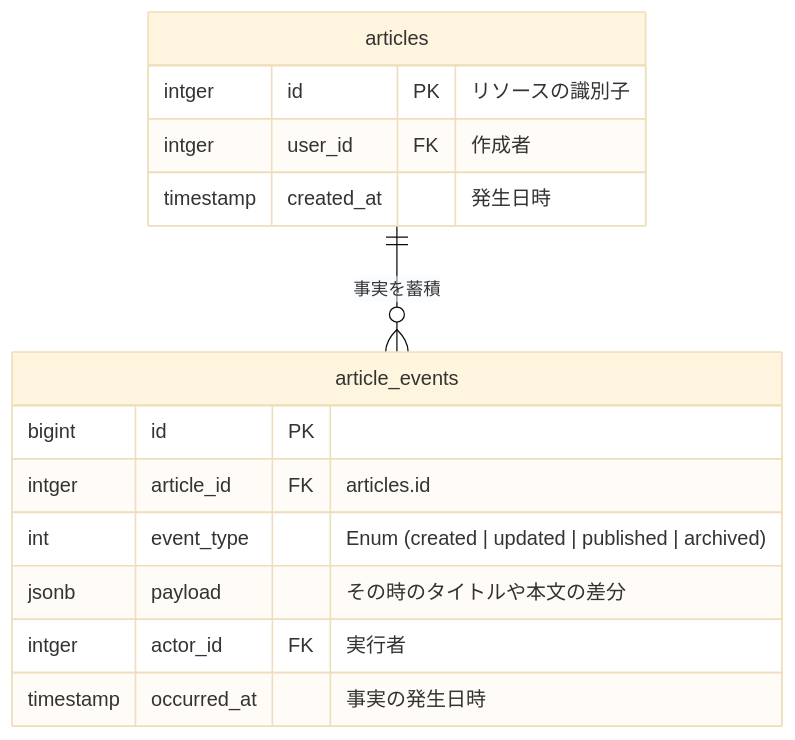
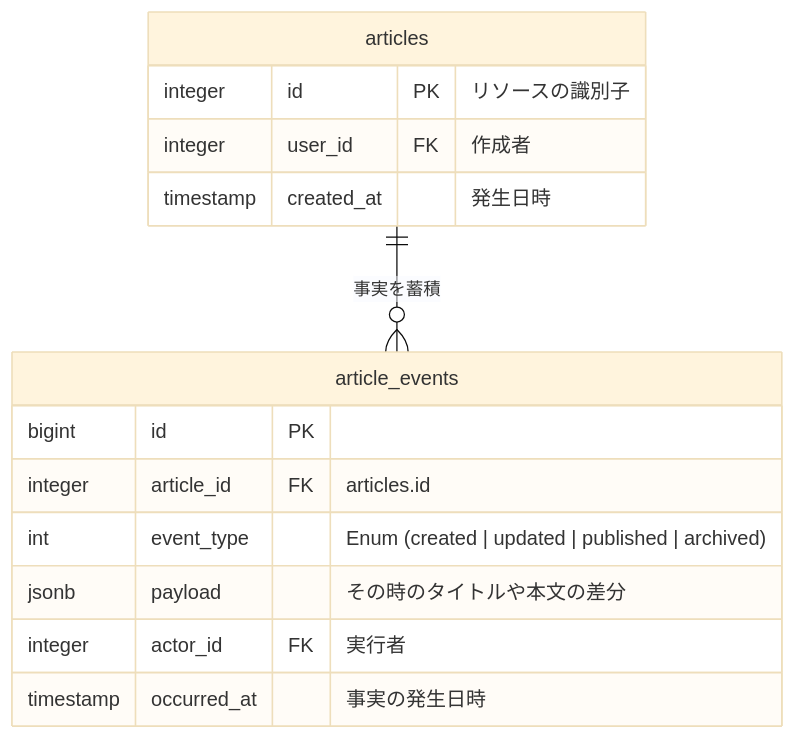
One commit to sloppybook/zenn changed the fourth of 5 diagrams in articles/57f2197681b2e2.md. Above: the diagram before and after it, drawn with Mermaid (base theme). The commit also changed other lines of this file, not shown here.

````diff
--- a/articles/57f2197681b2e2.md
+++ b/articles/57f2197681b2e2.md
@@ -129,19 +129,19 @@
 ```mermaid
 erDiagram
   articles ||--o{ article_events : "事実を蓄積"
   
   articles {
-    intger id PK "リソースの識別子"
-    intger user_id FK "作成者"
+    integer id PK "リソースの識別子"
+    integer user_id FK "作成者"
     timestamp created_at "発生日時"
   }
 
   article_events {
     bigint id PK
-    intger article_id FK "articles.id"
+    integer article_id FK "articles.id"
     int event_type "Enum (created | updated | published | archived)"
     jsonb payload "その時のタイトルや本文の差分"
-    intger actor_id FK "実行者"
+    integer actor_id FK "実行者"
     timestamp occurred_at "事実の発生日時"
   }
 ```
````
